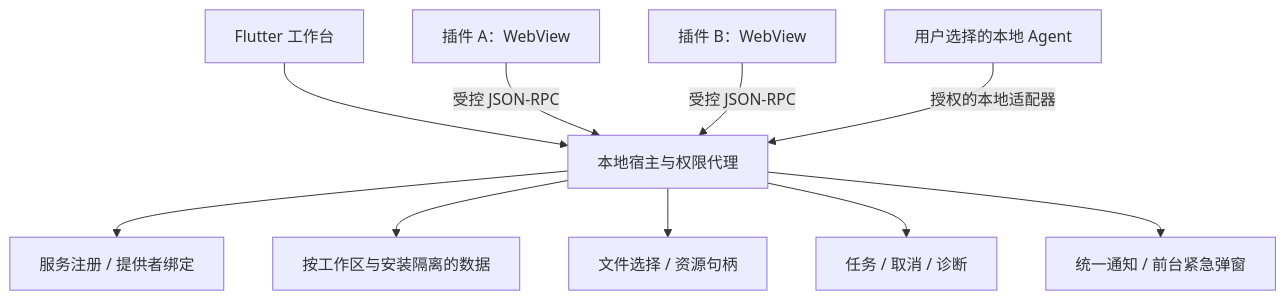
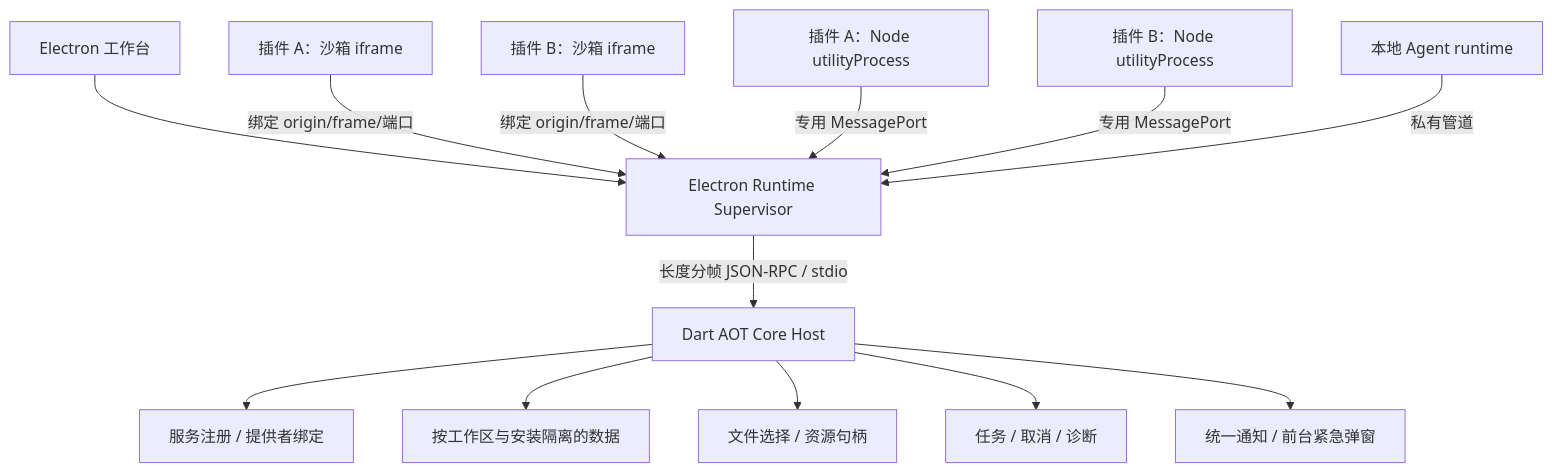
Before and after one commit to jun-heng-zhao/InformetionChat: the diagram in docs/开发总文档.md, drawn with Mermaid. The commit also changed other lines of this file and 21 other files, not shown here.

Commit message:
docs: freeze desktop architecture and add complete diagrams

````diff
--- a/docs/开发总文档.md
+++ b/docs/开发总文档.md
@@ -26,12 +26,15 @@
 ```mermaid
 flowchart TB
-  App[Flutter 工作台] --> Host[本地宿主与权限代理]
-  UIA[插件 A：WebView] -->|受控 JSON-RPC| Host
-  UIB[插件 B：WebView] -->|受控 JSON-RPC| Host
-  Agent[用户选择的本地 Agent] -->|授权的本地适配器| Host
+  App[Electron 工作台] --> Supervisor[Electron Runtime Supervisor]
+  UIA[插件 A：沙箱 iframe] -->|绑定 origin/frame/端口| Supervisor
+  UIB[插件 B：沙箱 iframe] -->|绑定 origin/frame/端口| Supervisor
+  Supervisor -->|长度分帧 JSON-RPC / stdio| Host[Dart AOT Core Host]
+  ExtA[插件 A：Node utilityProcess] -->|专用 MessagePort| Supervisor
+  ExtB[插件 B：Node utilityProcess] -->|专用 MessagePort| Supervisor
+  Agent[本地 Agent runtime] -->|私有管道| Supervisor
   Host --> Registry[服务注册 / 提供者绑定]
   Host --> Data[按工作区与安装隔离的数据]
   Host --> Files[文件选择 / 资源句柄]
   Host --> Tasks[任务 / 取消 / 诊断]
   Host --> Notify[统一通知 / 前台紧急弹窗]
 ```
````
